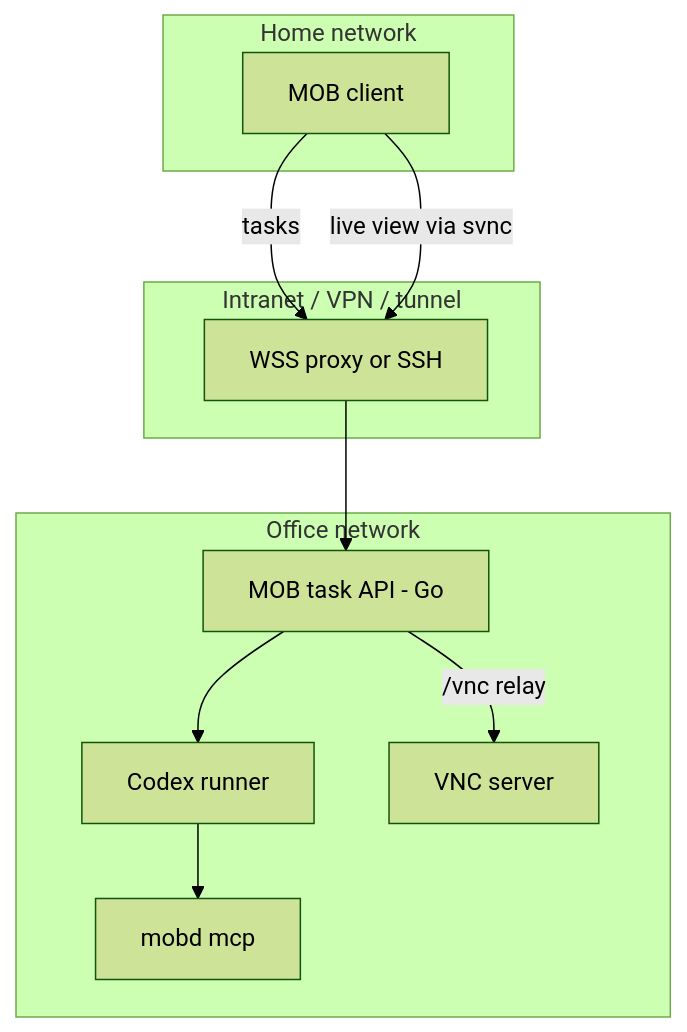
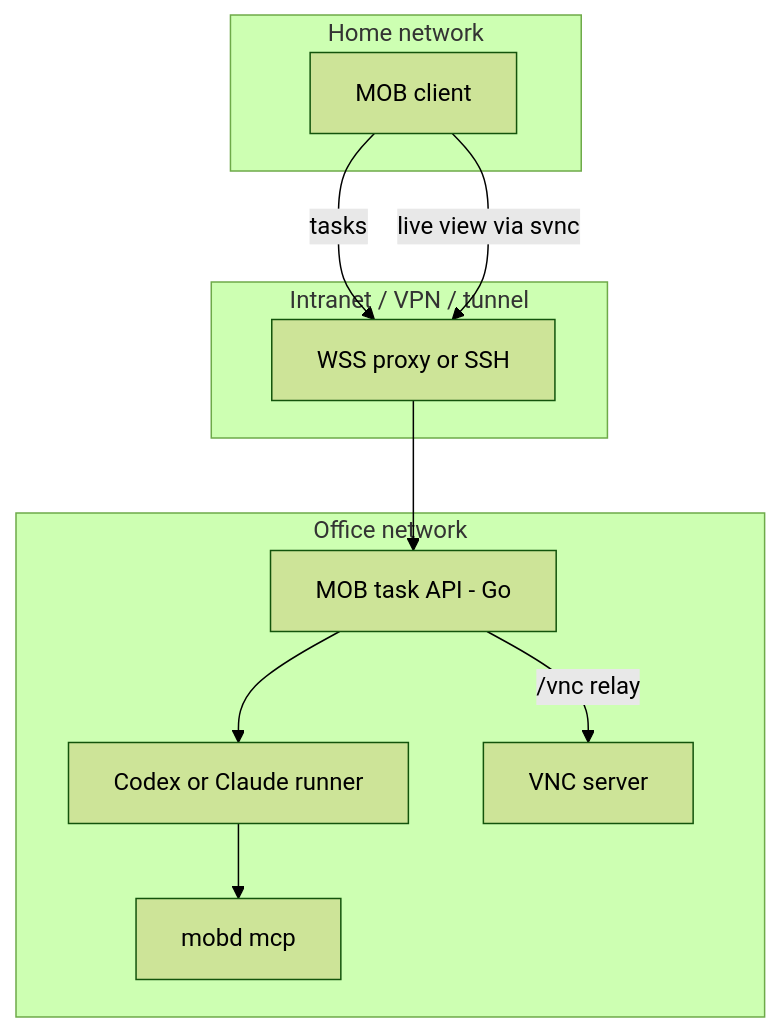
One commit to xrdavies/mobd changed the diagram in docs/architecture.md. Above: the diagram before and after it, drawn with Mermaid (forest theme). The commit also changed other lines of this file and 23 other files, not shown here.

````diff
--- a/docs/architecture.md
+++ b/docs/architecture.md
@@ -73,23 +78,23 @@
 ```mermaid
 flowchart TB
   subgraph home [Home network]
     C[MOB client]
   end
 
   subgraph edge [Intranet / VPN / tunnel]
     T[WSS proxy or SSH]
   end
 
   subgraph officeNet [Office network]
     API[MOB task API - Go]
-    Runner[Codex runner]
+    Runner[Codex or Claude runner]
     MCP[mobd mcp]
     VNC[VNC server]
   end
 
   C -->|tasks| T --> API
   API --> Runner
   Runner --> MCP
   C -->|live view via svnc| T
   API -->|/vnc relay| VNC
 ```
````
